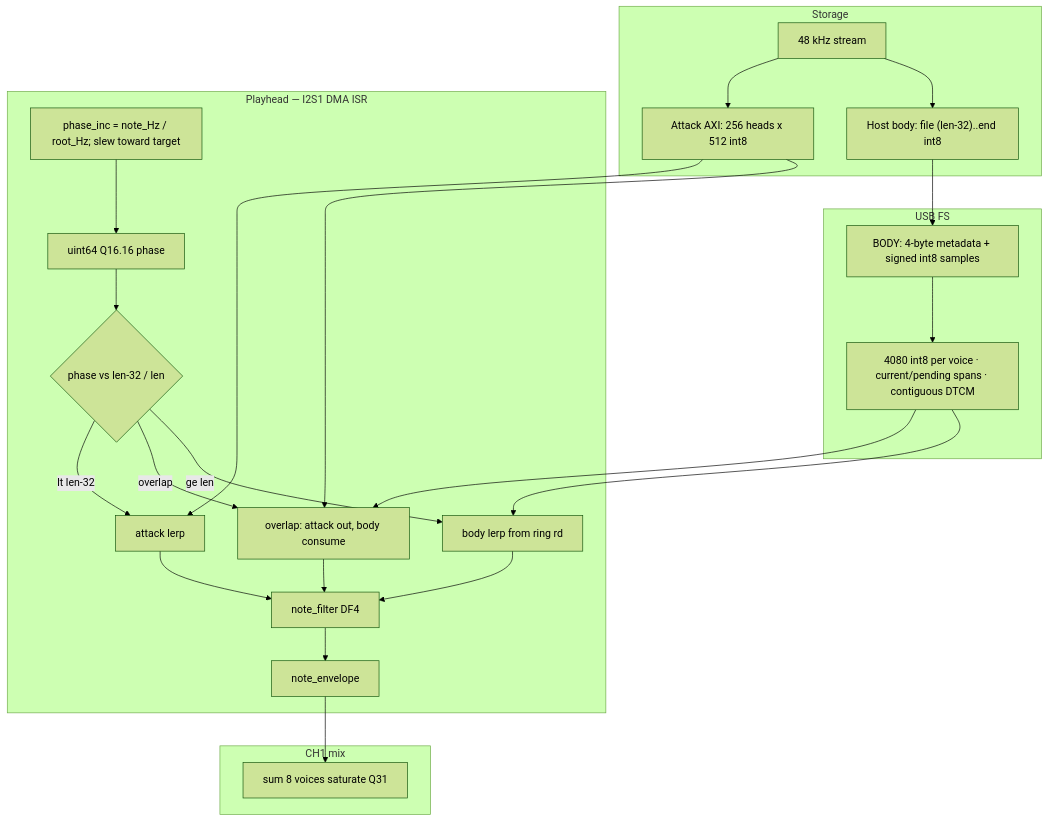
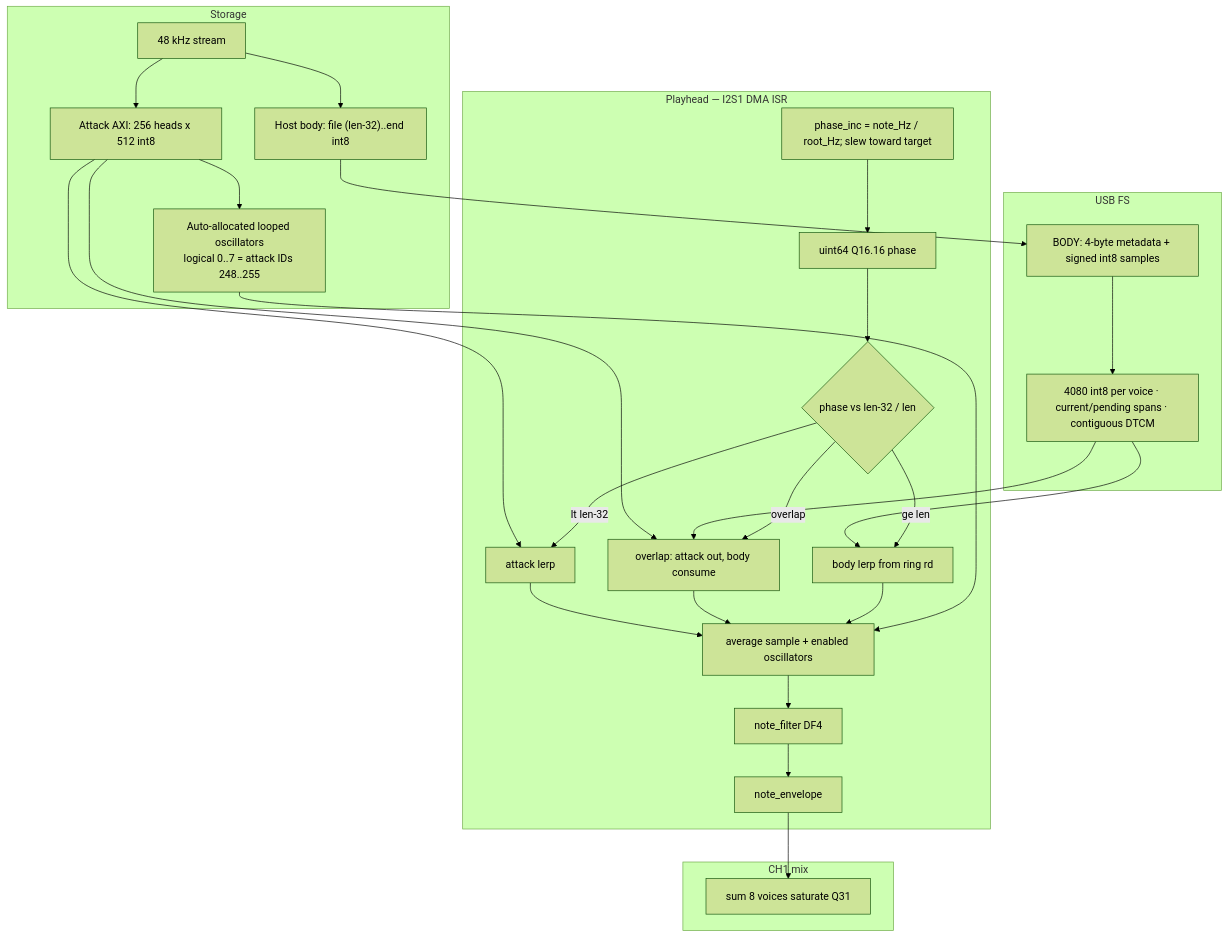
The second of 5 diagrams in docs/diagrams/card_data_flow.md (narendrabhatt-freshwater/firmware), drawn with Mermaid (forest theme) before and after one commit. The commit also changed 56 other files, not shown here.

First line of the commit message:
feat(channel): introduce wavetable oscillators and enhance attack upload functionality

````diff
--- a/docs/diagrams/card_data_flow.md
+++ b/docs/diagrams/card_data_flow.md
@@ -79,45 +79,50 @@
 ```mermaid
 flowchart TB
   subgraph store [Storage]
     File["48 kHz stream"]
     Atk["Attack AXI: 256 heads x 512 int8"]
+    Osc["Auto-allocated looped oscillators<br/>logical 0..7 = attack IDs 248..255"]
     Body["Host body: file (len-32)..end int8"]
     File --> Atk
     File --> Body
+    Atk --> Osc
   end
 
   subgraph usb [USB FS]
     Tag["BODY: 4-byte metadata + signed int8 samples"]
     Slots["4080 int8 per voice · current/pending spans · contiguous DTCM"]
     Body --> Tag --> Slots
   end
 
   subgraph play [Playhead — I2S1 DMA ISR]
     Ph["uint64 Q16.16 phase"]
     Inc["phase_inc = note_Hz / root_Hz; slew toward target"]
     Join{"phase vs len-32 / len"}
     AtkOnly["attack lerp"]
     Xfade["overlap: attack out, body consume"]
     BodyOnly["body lerp from ring rd"]
+    SourceMix["average sample + enabled oscillators"]
     Lpf["note_filter DF4"]
     Env["note_envelope"]
     Ph --> Join
     Inc --> Ph
     Atk --> AtkOnly
     Atk --> Xfade
     Slots --> Xfade
     Slots --> BodyOnly
     Join -->|lt len-32| AtkOnly
     Join -->|overlap| Xfade
     Join -->|ge len| BodyOnly
-    AtkOnly --> Lpf
-    Xfade --> Lpf
-    BodyOnly --> Lpf
+    AtkOnly --> SourceMix
+    Xfade --> SourceMix
+    BodyOnly --> SourceMix
+    Osc --> SourceMix
+    SourceMix --> Lpf
     Lpf --> Env
   end
 
   subgraph mix [CH1 mix]
     Sum["sum 8 voices saturate Q31"]
     Env --> Sum
   end
 ```
````
